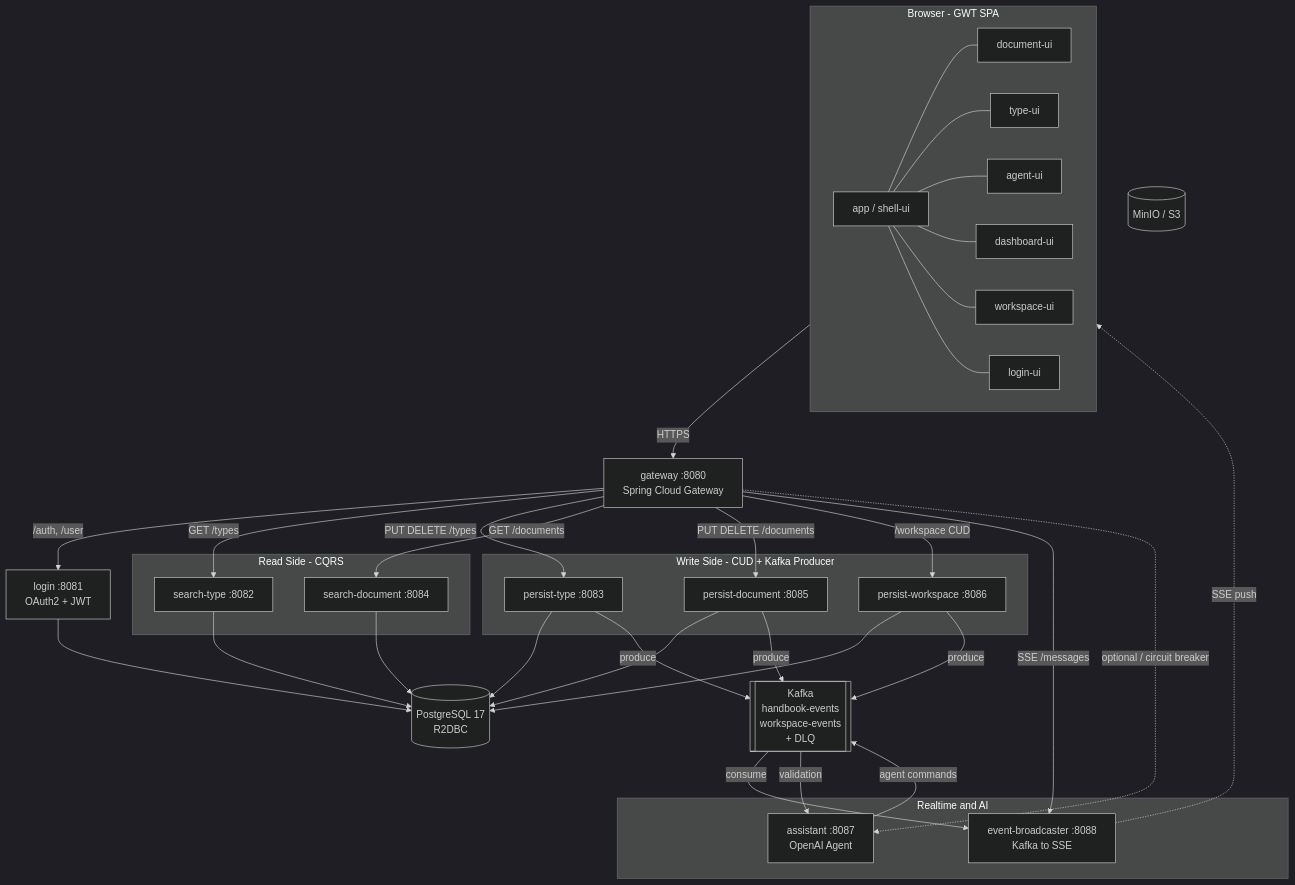
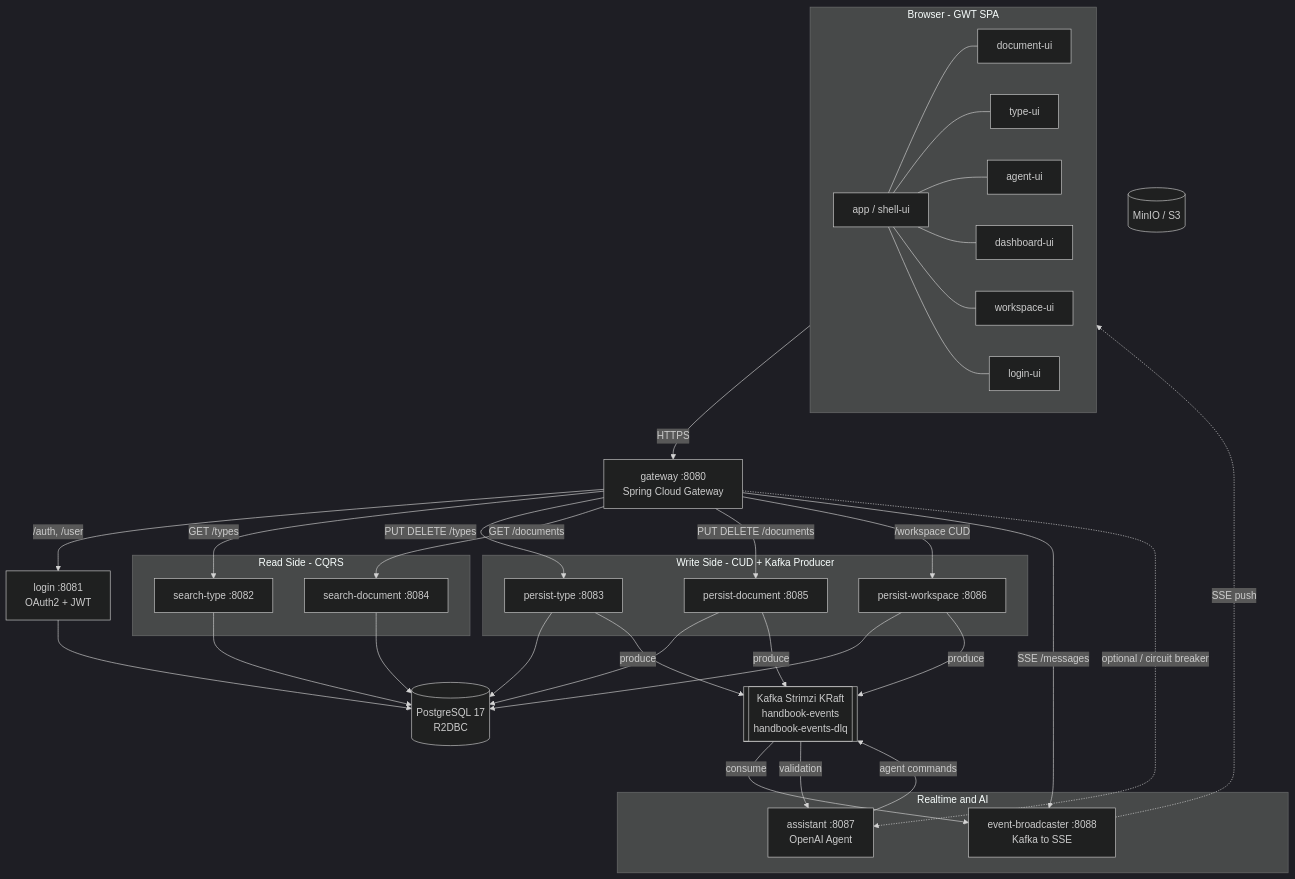
Before and after one commit to sayaya1090/handbook: the diagram in docs/system-overview.md, drawn with Mermaid (dark theme). The commit also changed other lines of this file, not shown here.

First line of the commit message:
docs(system-overview): Strimzi/fragment 주입 반영 및 DLQ 정정

````diff
--- a/docs/system-overview.md
+++ b/docs/system-overview.md
@@ -7,70 +7,70 @@
 ```mermaid
 flowchart TB
     subgraph Client[Browser - GWT SPA]
         APP[app / shell-ui]
         DOC_UI[document-ui]
         TYPE_UI[type-ui]
         AGENT_UI[agent-ui]
         DASH[dashboard-ui]
         WS_UI[workspace-ui]
         LOGIN_UI[login-ui]
         APP --- DOC_UI
         APP --- TYPE_UI
         APP --- AGENT_UI
         APP --- DASH
         APP --- WS_UI
         APP --- LOGIN_UI
     end
 
     GW[gateway :8080<br/>Spring Cloud Gateway]
 
     Client -->|HTTPS| GW
 
     LOGIN[login :8081<br/>OAuth2 + JWT]
 
     subgraph Write[Write Side - CUD + Kafka Producer]
         P_TYPE[persist-type :8083]
         P_DOC[persist-document :8085]
         P_WS[persist-workspace :8086]
     end
 
     subgraph Read[Read Side - CQRS]
         S_TYPE[search-type :8082]
         S_DOC[search-document :8084]
     end
 
     subgraph Realtime[Realtime and AI]
         EB[event-broadcaster :8088<br/>Kafka to SSE]
         ASSIST[assistant :8087<br/>OpenAI Agent]
     end
 
     GW -->|/auth, /user| LOGIN
     GW -->|GET /types| S_TYPE
     GW -->|PUT DELETE /types| P_TYPE
     GW -->|GET /documents| S_DOC
     GW -->|PUT DELETE /documents| P_DOC
     GW -->|/workspace CUD| P_WS
     GW -->|SSE /messages| EB
     GW -.->|optional / circuit breaker| ASSIST
 
     PG[(PostgreSQL 17<br/>R2DBC)]
-    KAFKA[[Kafka<br/>handbook-events<br/>workspace-events<br/>+ DLQ]]
+    KAFKA[[Kafka Strimzi KRaft<br/>handbook-events<br/>handbook-events-dlq]]
     S3[(MinIO / S3)]
 
     LOGIN --> PG
     P_TYPE --> PG
     P_DOC --> PG
     P_WS --> PG
     S_TYPE --> PG
     S_DOC --> PG
 
     P_TYPE -->|produce| KAFKA
     P_DOC -->|produce| KAFKA
     P_WS -->|produce| KAFKA
     ASSIST -->|agent commands| KAFKA
 
     KAFKA -->|consume| EB
     KAFKA -->|validation| ASSIST
 
     EB -.->|SSE push| Client
 ```
````
